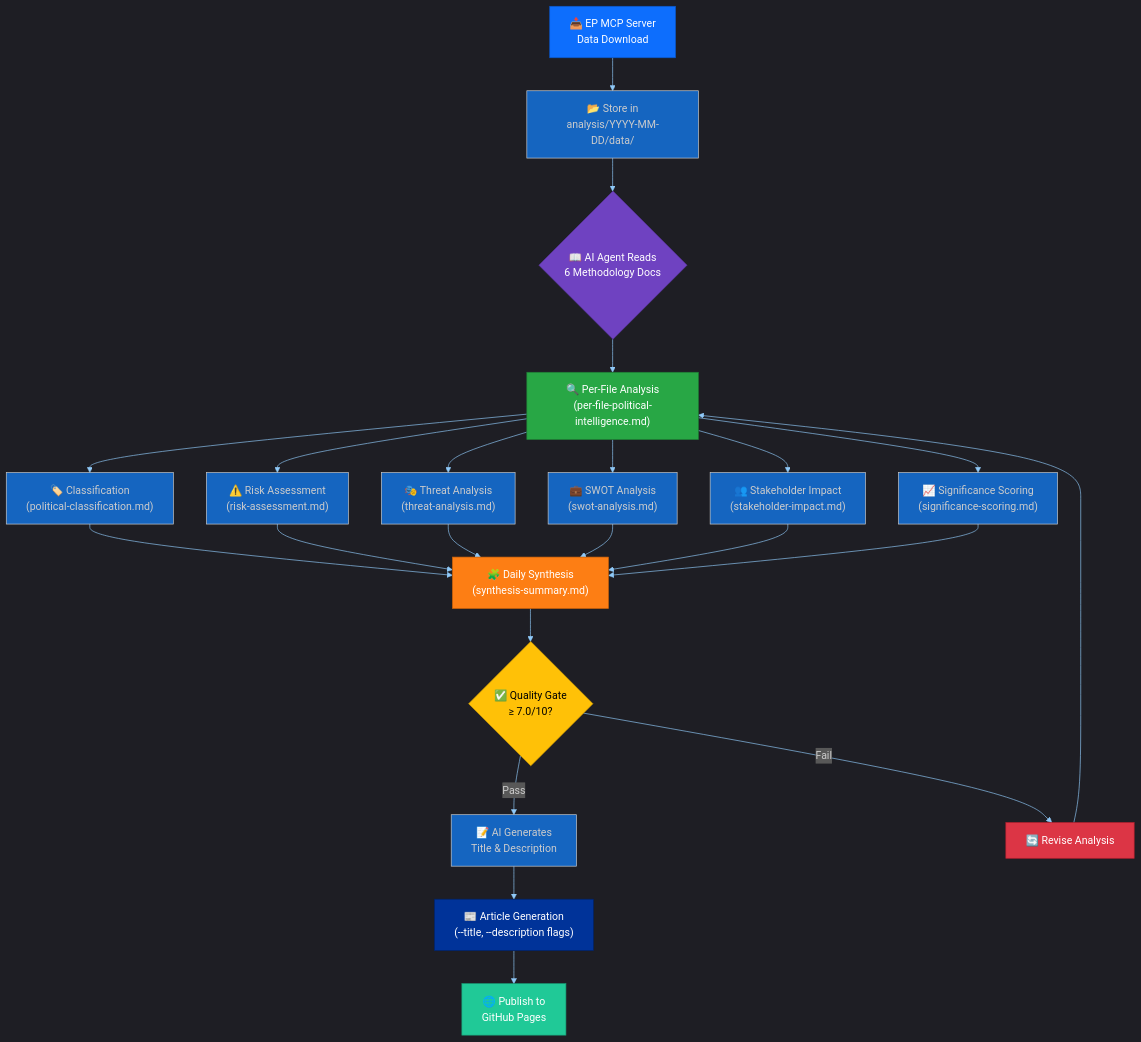
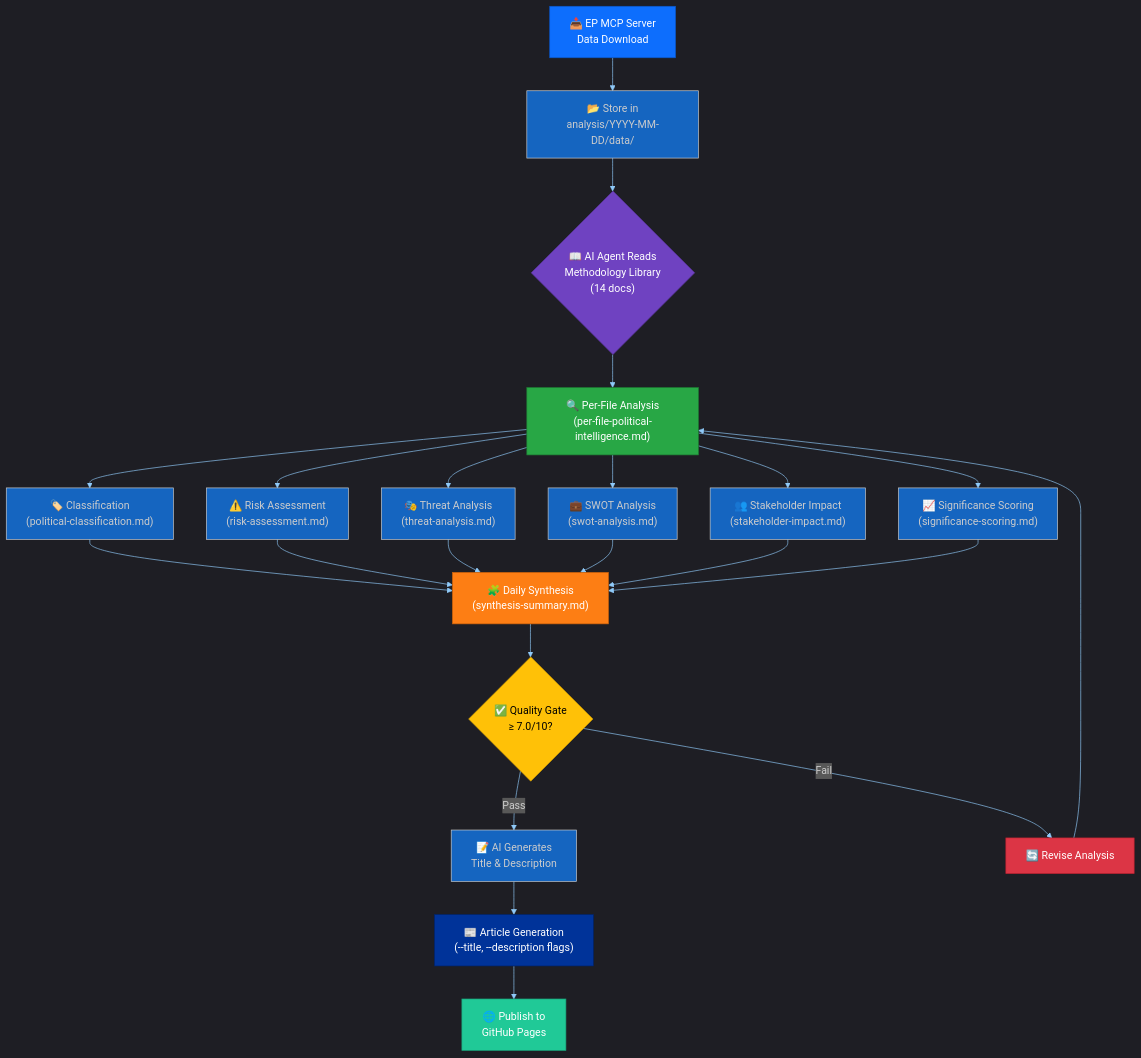
The second of 16 diagrams in docs/api/media/README-9.md (Hack23/euparliamentmonitor), drawn with Mermaid before and after one commit. The commit also changed other lines of this file and 967 other files, not shown here.

````diff
--- a/docs/api/media/README-9.md
+++ b/docs/api/media/README-9.md
@@ -157,29 +163,29 @@
 ```mermaid
 %%{init: {"theme":"dark","themeVariables":{"primaryColor":"#1565C0","primaryTextColor":"#ffffff","primaryBorderColor":"#0A3F7F","lineColor":"#90CAF9","secondaryColor":"#2E7D32","secondaryTextColor":"#ffffff","secondaryBorderColor":"#0F3F00","tertiaryColor":"#FF9800","tertiaryTextColor":"#000000","tertiaryBorderColor":"#7F4F00","mainBkg":"#1565C0","secondBkg":"#2E7D32","tertiaryBkg":"#FF9800","noteBkgColor":"#FFC107","noteTextColor":"#000000","noteBorderColor":"#7F6000","errorBkgColor":"#D32F2F","errorTextColor":"#ffffff","fontFamily":"Inter, Helvetica, Arial, sans-serif","pie1":"#1565C0","pie2":"#2E7D32","pie3":"#FF9800","pie4":"#D32F2F","pie5":"#FFC107","pie6":"#7B1FA2","pie7":"#9E9E9E","pie8":"#0288D1","pie9":"#388E3C","pie10":"#F57C00","pie11":"#C62828","pie12":"#FBC02D","pieTitleTextSize":"18px","pieSectionTextSize":"14px","pieLegendTextSize":"13px","pieStrokeColor":"#1e1e1e","pieOuterStrokeColor":"#1e1e1e","git0":"#1565C0","git1":"#2E7D32","git2":"#FF9800","git3":"#D32F2F","gitBranchLabel0":"#ffffff","gitBranchLabel1":"#ffffff","gitBranchLabel2":"#000000","gitBranchLabel3":"#ffffff","cScale0":"#1565C0","cScale1":"#2E7D32","cScale2":"#FF9800","cScale3":"#D32F2F","cScale4":"#FFC107","cScale5":"#7B1FA2","cScale6":"#9E9E9E","cScale7":"#0288D1","xyChart":{"backgroundColor":"#1e1e1e","plotColorPalette":"#1565C0,#2E7D32,#FF9800,#D32F2F,#FFC107,#7B1FA2,#9E9E9E"}}}}%%
 flowchart TD
     A["📥 EP MCP Server<br/>Data Download"] --> B["📂 Store in<br/>analysis/YYYY-MM-DD/data/"]
-    B --> C{"📖 AI Agent Reads<br/>6 Methodology Docs"}
+    B --> C{"📖 AI Agent Reads<br/>Methodology Library<br/>(14 docs)"}
     C --> D["🔍 Per-File Analysis<br/>(per-file-political-intelligence.md)"]
     D --> E["🏷️ Classification<br/>(political-classification.md)"]
     D --> F["⚠️ Risk Assessment<br/>(risk-assessment.md)"]
     D --> G["🎭 Threat Analysis<br/>(threat-analysis.md)"]
     D --> H["💼 SWOT Analysis<br/>(swot-analysis.md)"]
     D --> I["👥 Stakeholder Impact<br/>(stakeholder-impact.md)"]
     D --> J["📈 Significance Scoring<br/>(significance-scoring.md)"]
     E & F & G & H & I & J --> K["🧩 Daily Synthesis<br/>(synthesis-summary.md)"]
     K --> L{"✅ Quality Gate<br/>≥ 7.0/10?"}
     L -->|Pass| META["📝 AI Generates<br/>Title & Description"]
     META --> M["📰 Article Generation<br/>(--title, --description flags)"]
     L -->|Fail| N["🔄 Revise Analysis"]
     N --> D
     M --> O["🌐 Publish to<br/>GitHub Pages"]
 
     style A fill:#0d6efd,color:#fff,stroke:#0a58ca
     style C fill:#6f42c1,color:#fff,stroke:#59359a
     style D fill:#28a745,color:#fff,stroke:#1e7e34
     style K fill:#fd7e14,color:#fff,stroke:#c96009
     style L fill:#ffc107,color:#000,stroke:#d39e00
     style M fill:#003399,color:#fff,stroke:#002266
     style O fill:#20c997,color:#fff,stroke:#199d76
     style N fill:#dc3545,color:#fff,stroke:#bd2130
 ```
````
